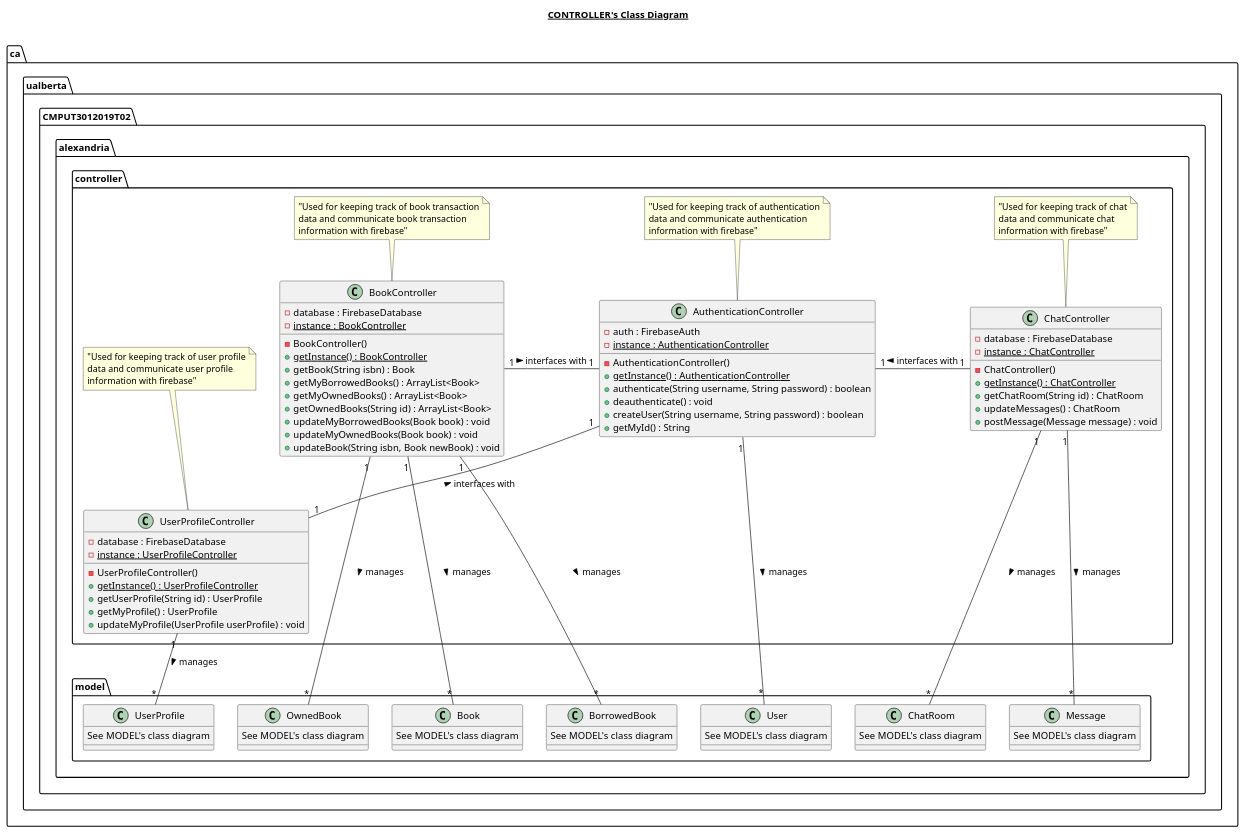
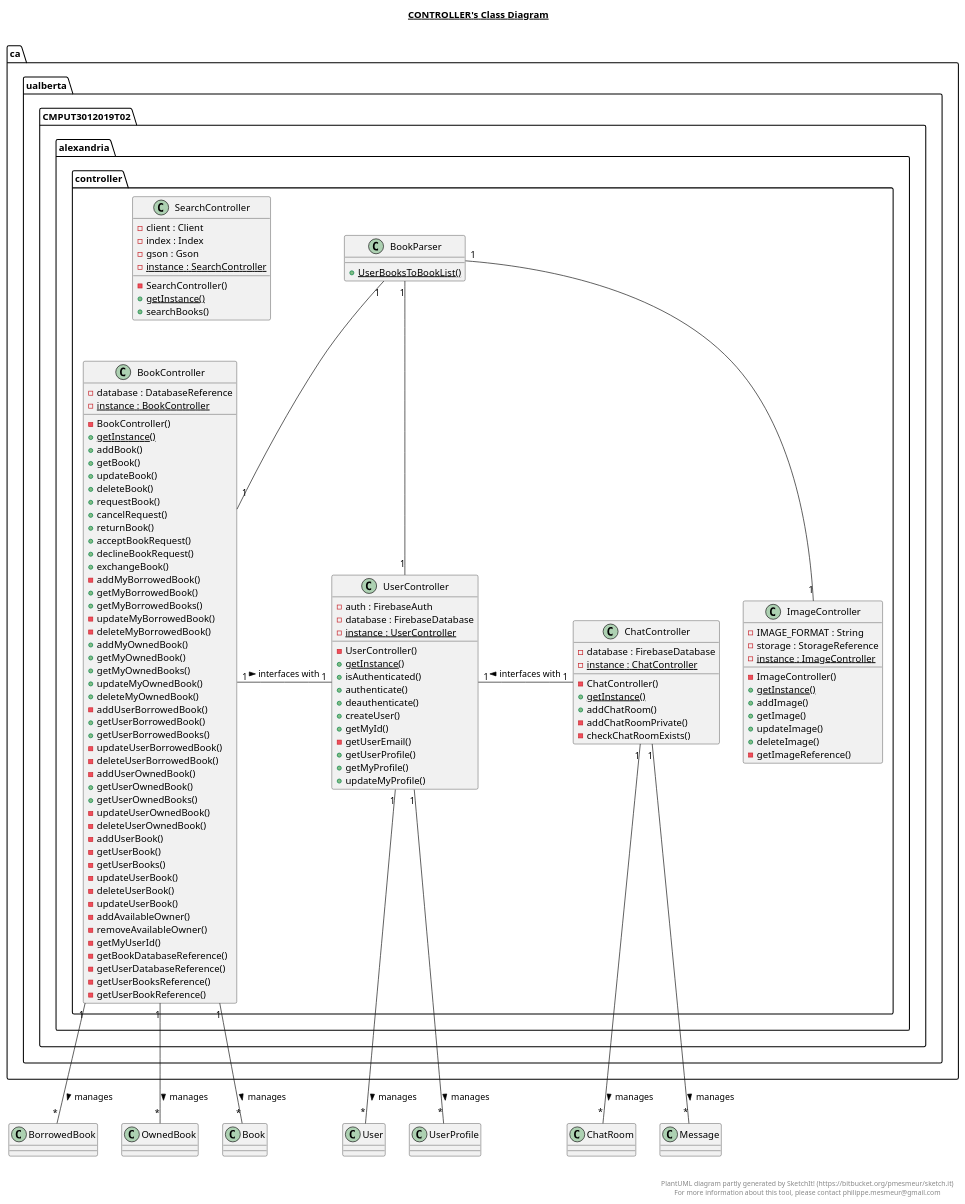
One commit to cmput301w19t02/Alexandria changed the diagram in doc/uml/class_diagrams/controller.plantuml. Above: the diagram before and after it, drawn with PlantUML. The commit also changed 9 other files, not shown here.

Commit message:
Update UML diagrams

```diff
--- a/doc/uml/class_diagrams/controller.plantuml
+++ b/doc/uml/class_diagrams/controller.plantuml
@@ -1,109 +1,161 @@
 @startuml
 
 title __CONTROLLER's Class Diagram__\n
 
-package ca.ualberta.CMPUT3012019T02.alexandria {
+  package ca.ualberta.CMPUT3012019T02.alexandria {
+    package ca.ualberta.CMPUT3012019T02.alexandria.controller {
+      class BookController {
+          - database : DatabaseReference
+          {static} - instance : BookController
+          - BookController()
+          {static} + getInstance()
+          + addBook()
+          + getBook()
+          + updateBook()
+          + deleteBook()
+          + requestBook()
+          + cancelRequest()
+          + returnBook()
+          + acceptBookRequest()
+          + declineBookRequest()
+          + exchangeBook()
+          - addMyBorrowedBook()
+          + getMyBorrowedBook()
+          + getMyBorrowedBooks()
+          - updateMyBorrowedBook()
+          - deleteMyBorrowedBook()
+          + addMyOwnedBook()
+          + getMyOwnedBook()
+          + getMyOwnedBooks()
+          + updateMyOwnedBook()
+          + deleteMyOwnedBook()
+          - addUserBorrowedBook()
+          + getUserBorrowedBook()
+          + getUserBorrowedBooks()
+          - updateUserBorrowedBook()
+          - deleteUserBorrowedBook()
+          - addUserOwnedBook()
+          + getUserOwnedBook()
+          + getUserOwnedBooks()
+          - updateUserOwnedBook()
+          - deleteUserOwnedBook()
+          - addUserBook()
+          - getUserBook()
+          - getUserBooks()
+          - updateUserBook()
+          - deleteUserBook()
+          - updateUserBook()
+          - addAvailableOwner()
+          - removeAvailableOwner()
+          - getMyUserId()
+          - getBookDatabaseReference()
+          - getUserDatabaseReference()
+          - getUserBooksReference()
+          - getUserBookReference()
+      }
+    }
+  }
+  
 
+  package ca.ualberta.CMPUT3012019T02.alexandria {
     package ca.ualberta.CMPUT3012019T02.alexandria.controller {
+      class BookParser {
+          {static} + UserBooksToBookList()
+      }
+    }
+  }
+  
 
-        class AuthenticationController {
-            - auth : FirebaseAuth
-            {static} - instance : AuthenticationController
-            - AuthenticationController()
-            {static} + getInstance() : AuthenticationController
-            + authenticate(String username, String password) : boolean
-            + deauthenticate() : void
-            + createUser(String username, String password) : boolean
-            + getMyId() : String
-        }
-        note top: "Used for keeping track of authentication\ndata and communicate authentication\ninformation with firebase"
+  package ca.ualberta.CMPUT3012019T02.alexandria {
+    package ca.ualberta.CMPUT3012019T02.alexandria.controller {
+      class ChatController {
+          - database : FirebaseDatabase
+          {static} - instance : ChatController
+          - ChatController()
+          {static} + getInstance()
+          + addChatRoom()
+          - addChatRoomPrivate()
+          - checkChatRoomExists()
+      }
+    }
+  }
+  
 
-        class BookController {
-            - database : FirebaseDatabase
-            {static} - instance : BookController
-            - BookController()
-            {static} + getInstance() : BookController
-            + getBook(String isbn) : Book
-            + getMyBorrowedBooks() : ArrayList<Book>
-            + getMyOwnedBooks() : ArrayList<Book>
-            + getOwnedBooks(String id) : ArrayList<Book>
-            + updateMyBorrowedBooks(Book book) : void
-            + updateMyOwnedBooks(Book book) : void
-            + updateBook(String isbn, Book newBook) : void
-        }
-        note top: "Used for keeping track of book transaction\ndata and communicate book transaction\ninformation with firebase"
+  package ca.ualberta.CMPUT3012019T02.alexandria {
+    package ca.ualberta.CMPUT3012019T02.alexandria.controller {
+      class ImageController {
+          - IMAGE_FORMAT : String
+          - storage : StorageReference
+          {static} - instance : ImageController
+          - ImageController()
+          {static} + getInstance()
+          + addImage()
+          + getImage()
+          + updateImage()
+          + deleteImage()
+          - getImageReference()
+      }
+    }
+  }
+  
 
-        class UserProfileController {
-             - database : FirebaseDatabase
-            {static} - instance : UserProfileController
-            - UserProfileController()
-            {static} + getInstance() : UserProfileController
-            + getUserProfile(String id) : UserProfile
-            + getMyProfile() : UserProfile
-            + updateMyProfile(UserProfile userProfile) : void
-        }
-        note top: "Used for keeping track of user profile\ndata and communicate user profile\ninformation with firebase"
+  package ca.ualberta.CMPUT3012019T02.alexandria {
+    package ca.ualberta.CMPUT3012019T02.alexandria.controller {
+      class SearchController {
+          - client : Client
+          - index : Index
+          - gson : Gson
+          {static} - instance : SearchController
+          - SearchController()
+          {static} + getInstance()
+          + searchBooks()
+      }
+    }
+  }
+  
 
-        class ChatController {
-            - database : FirebaseDatabase
-            {static} - instance : ChatController
-            - ChatController()
-            {static} + getInstance() : ChatController
-            + getChatRoom(String id) : ChatRoom 
-            + updateMessages() : ChatRoom 
-            + postMessage(Message message) : void
-        }
-        note top: "Used for keeping track of chat\ndata and communicate chat\ninformation with firebase"
-
+  package ca.ualberta.CMPUT3012019T02.alexandria {
+    package ca.ualberta.CMPUT3012019T02.alexandria.controller {
+      class UserController {
+          - auth : FirebaseAuth
+          - database : FirebaseDatabase
+          {static} - instance : UserController
+          - UserController()
+          {static} + getInstance()
+          + isAuthenticated()
+          + authenticate()
+          + deauthenticate()
+          + createUser()
+          + getMyId()
+          - getUserEmail()
+          + getUserProfile()
+          + getMyProfile()
+          + updateMyProfile()
+      }
     }
-
-
-    package ca.ualberta.CMPUT3012019T02.alexandria.model {
-
-        class BorrowedBook { 
-            See MODEL's class diagram
-        }
-
-        class OwnedBook { 
-            See MODEL's class diagram
-        }
-
-        class Book { 
-            See MODEL's class diagram
-        }
-
-        class User { 
-            See MODEL's class diagram
-        }
-
-        class UserProfile { 
-            See MODEL's class diagram
-        }
-
-        class ChatRoom { 
-            See MODEL's class diagram
-        }
-
-        class Message { 
-            See MODEL's class diagram
-        }
-
-    }
-
-}
-
-AuthenticationController "1" -down- "*" User : manages >
-
-UserProfileController "1" -down- "*" UserProfile : manages >
-UserProfileController "1" -up- "1" AuthenticationController : interfaces with >
+  }
+  
+UserController "1" -down- "*" User : manages >
+UserController "1" -down- "*" UserProfile : manages >
 
 BookController "1" -down- "*" BorrowedBook : manages >
 BookController "1" -down- "*" OwnedBook : manages >
 BookController "1" -down- "*" Book : manages >
-BookController "1" -right- "1" AuthenticationController : interfaces with >
+BookController "1" -right- "1" UserController : interfaces with >
 
 ChatController "1" -down- "*" ChatRoom : manages >
 ChatController "1" -down- "*" Message : manages >
-ChatController "1" -left- "1" AuthenticationController : interfaces with >
+ChatController "1" -left- "1" UserController : interfaces with >
+
+BookParser "1" -- "1" BookController
+BookParser "1" -- "1" UserController
+BookParser "1" -- "1" ImageController
+
+right footer
+
+
+PlantUML diagram partly generated by SketchIt! (https://bitbucket.org/pmesmeur/sketch.it)
+For more information about this tool, please contact philippe.mesmeur@gmail.com
+endfooter
 
 @enduml
```
